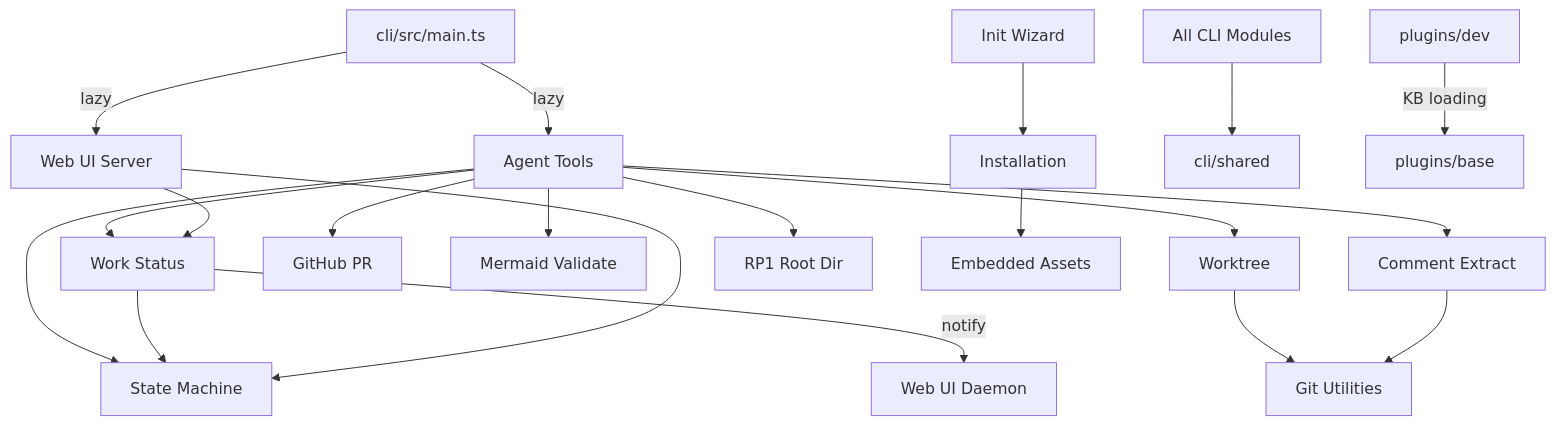
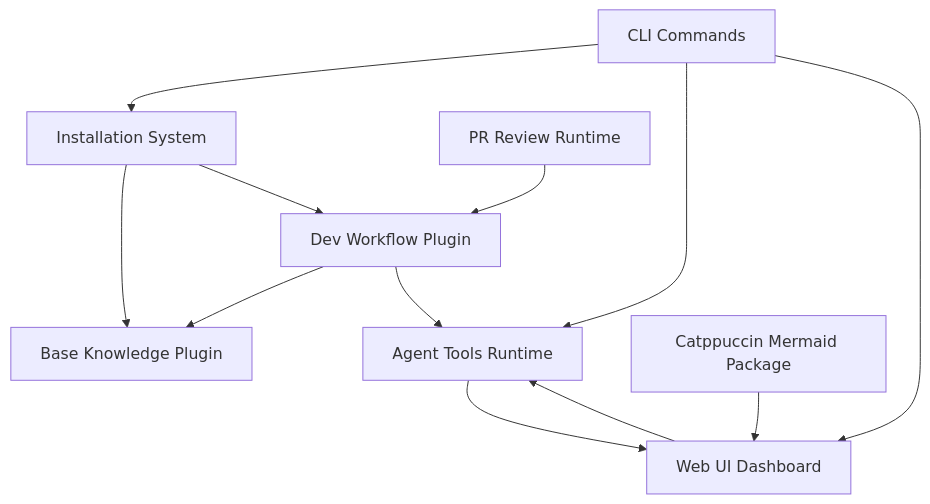
The diagram in .rp1/context/modules.md (rp1-run/rp1), drawn with Mermaid before and after one commit. The commit also changed other lines of this file and 323 other files, not shown here.

First line of the commit message:
feat: template engine, web UI improvements, and worktree removal (#281)

````diff
--- a/.rp1/context/modules.md
+++ b/.rp1/context/modules.md
@@ -97,22 +103,14 @@
 ```mermaid
 graph TD
-    Main[cli/src/main.ts] -->|lazy| AT[Agent Tools]
-    Main -->|lazy| WebUI[Web UI Server]
-    AT --> Work[Work Status]
-    AT --> WT[Worktree]
-    AT --> SM[State Machine]
-    AT --> PR[GitHub PR]
-    AT --> MMD[Mermaid Validate]
-    AT --> CE[Comment Extract]
-    AT --> RD[RP1 Root Dir]
-    Work --> SM
-    Work -->|notify| Daemon[Web UI Daemon]
-    WebUI --> Work
-    WebUI --> SM
-    WT --> Git[Git Utilities]
-    CE --> Git
-    Init[Init Wizard] --> Install[Installation]
-    Install --> Assets[Embedded Assets]
-    All[All CLI Modules] --> Shared[cli/shared]
-    DevPlugin[plugins/dev] -->|KB loading| BasePlugin[plugins/base]
+    CLI[CLI Commands] --> INSTALL[Installation System]
+    CLI --> TOOLS[Agent Tools Runtime]
+    CLI --> WEB[Web UI Dashboard]
+    INSTALL --> BASE[Base Knowledge Plugin]
+    INSTALL --> DEV[Dev Workflow Plugin]
+    DEV --> BASE
+    DEV --> TOOLS
+    PR[PR Review Runtime] --> DEV
+    TOOLS --> WEB
+    WEB --> TOOLS
+    PKG[Catppuccin Mermaid Package] --> WEB
 ```
````
